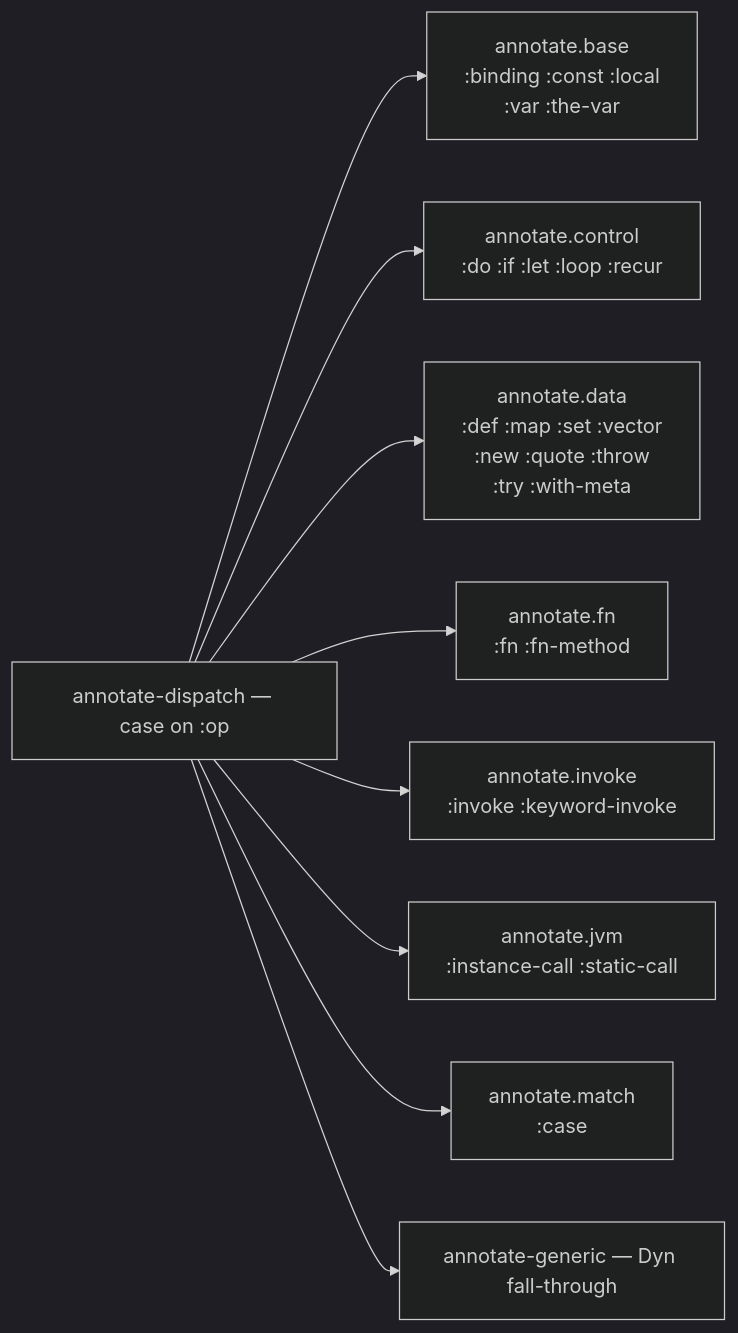
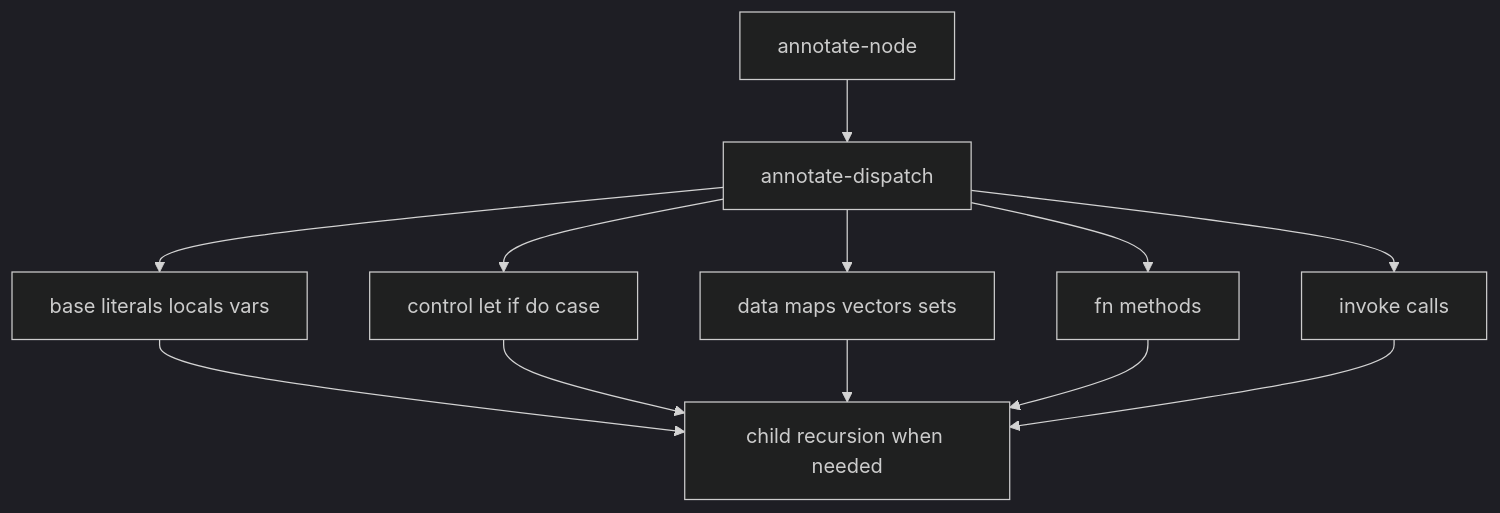
Before and after one commit to nomicflux/skeptic: the second of 2 diagrams in skeptic/docs/walkthrough/06-annotation-pass.md, drawn with Mermaid (dark theme). The commit also changed other lines of this file and 12 other files, not shown here.

````diff
--- a/skeptic/docs/walkthrough/06-annotation-pass.md
+++ b/skeptic/docs/walkthrough/06-annotation-pass.md
@@ -172,20 +86,14 @@
 ```mermaid
-flowchart LR
-  dispatch[annotate-dispatch — case on :op]
-  base[annotate.base<br/>:binding :const :local<br/>:var :the-var]
-  ctrl[annotate.control<br/>:do :if :let :loop :recur]
-  data[annotate.data<br/>:def :map :set :vector<br/>:new :quote :throw<br/>:try :with-meta]
-  fn[annotate.fn<br/>:fn :fn-method]
-  invoke[annotate.invoke<br/>:invoke :keyword-invoke]
-  jvm[annotate.jvm<br/>:instance-call :static-call]
-  match[annotate.match<br/>:case]
-  fall[annotate-generic — Dyn fall-through]
-  dispatch --> base
-  dispatch --> ctrl
-  dispatch --> data
-  dispatch --> fn
-  dispatch --> invoke
-  dispatch --> jvm
-  dispatch --> match
-  dispatch --> fall
+flowchart TD
+  node[annotate-node] --> dispatch[annotate-dispatch]
+  dispatch --> base[base literals locals vars]
+  dispatch --> control[control let if do case]
+  dispatch --> data[data maps vectors sets]
+  dispatch --> fn[fn methods]
+  dispatch --> invoke[invoke calls]
+  base --> recurse[child recursion when needed]
+  control --> recurse
+  data --> recurse
+  fn --> recurse
+  invoke --> recurse
 ```
````
